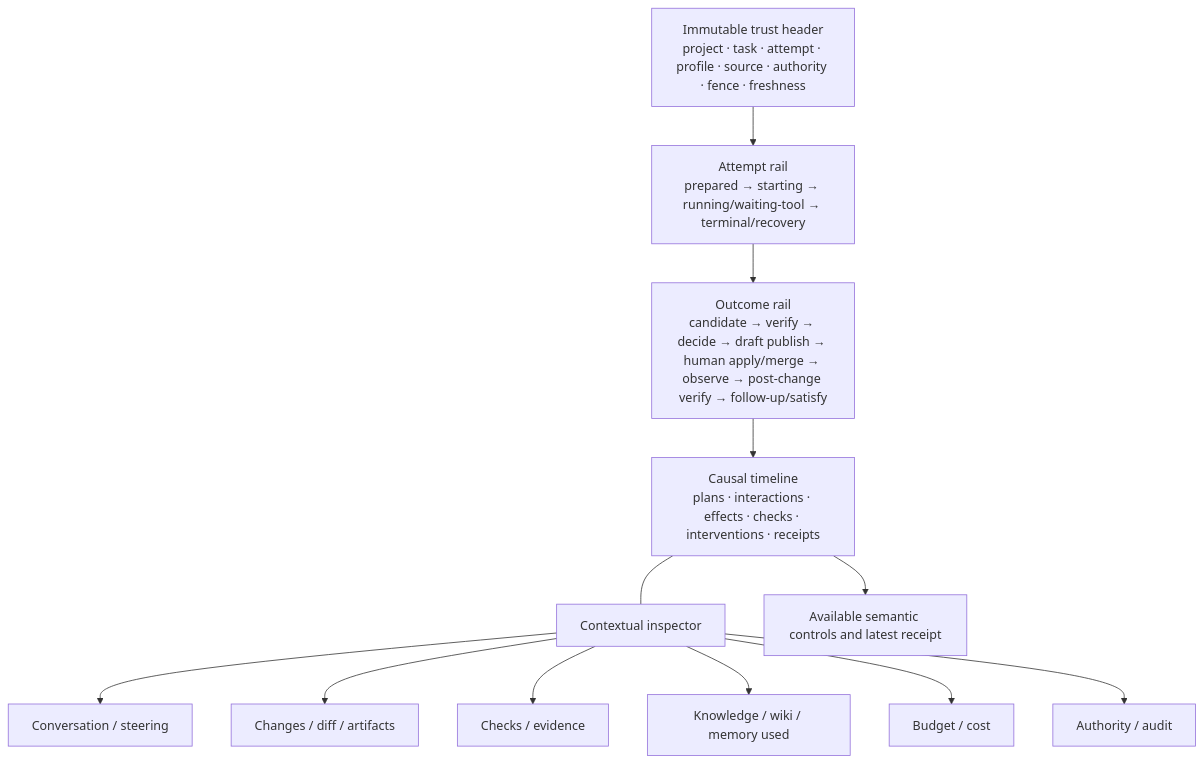
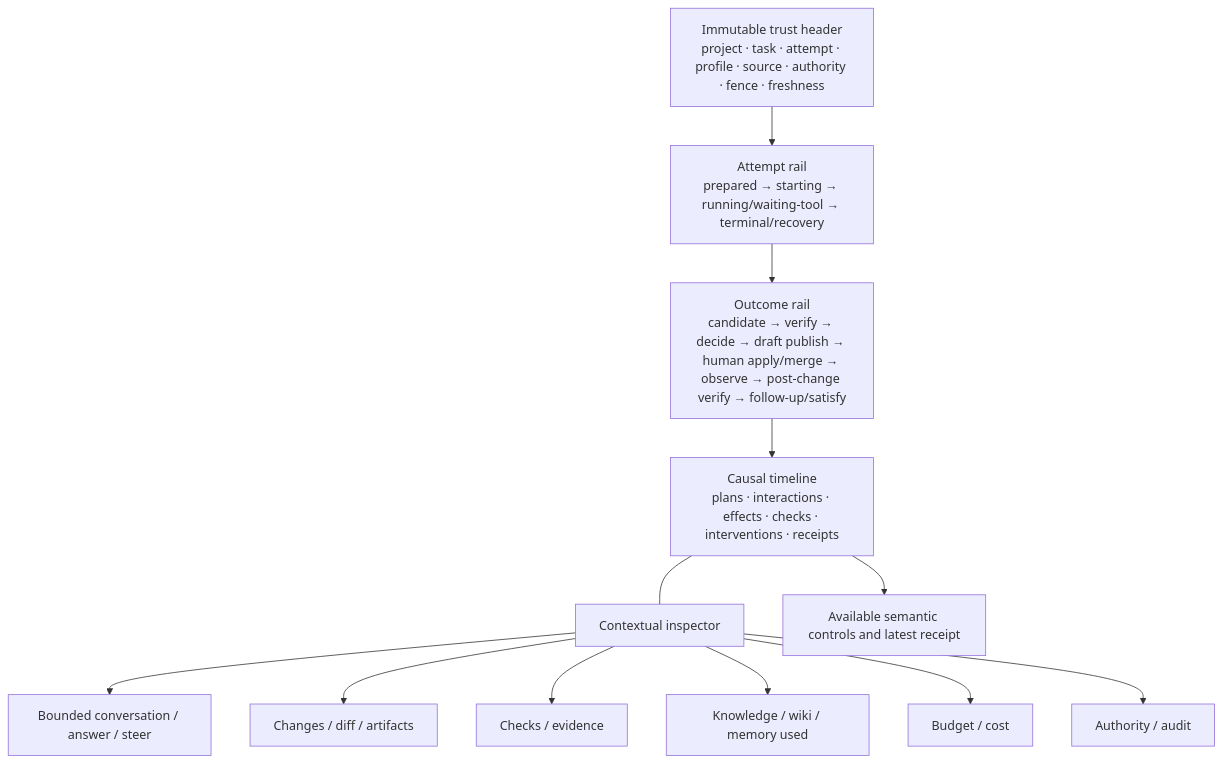
The sixth of 15 diagrams in docs/research/12-secure-hypermedia-coding-factory-ui.md (pcharbon70/jido_code), drawn with Mermaid before and after one commit. The commit also changed other lines of this file and 60 other files, not shown here.

````diff
--- a/docs/research/12-secure-hypermedia-coding-factory-ui.md
+++ b/docs/research/12-secure-hypermedia-coding-factory-ui.md
@@ -682,17 +744,17 @@
 ```mermaid
 flowchart TB
     TH[Immutable trust header<br/>project · task · attempt · profile · source · authority · fence · freshness]
     SR[Attempt rail<br/>prepared → starting → running/waiting-tool → terminal/recovery]
     DR[Outcome rail<br/>candidate → verify → decide → draft publish → human apply/merge → observe → post-change verify → follow-up/satisfy]
     CT[Causal timeline<br/>plans · interactions · effects · checks · interventions · receipts]
     IN[Contextual inspector]
     CT --- IN
-    IN --> C1[Conversation / steering]
+    IN --> C1[Bounded conversation / answer / steer]
     IN --> C2[Changes / diff / artifacts]
     IN --> C3[Checks / evidence]
     IN --> C4[Knowledge / wiki / memory used]
     IN --> C5[Budget / cost]
     IN --> C6[Authority / audit]
     TH --> SR --> DR --> CT
     CT --> CB[Available semantic controls and latest receipt]
 ```
````
